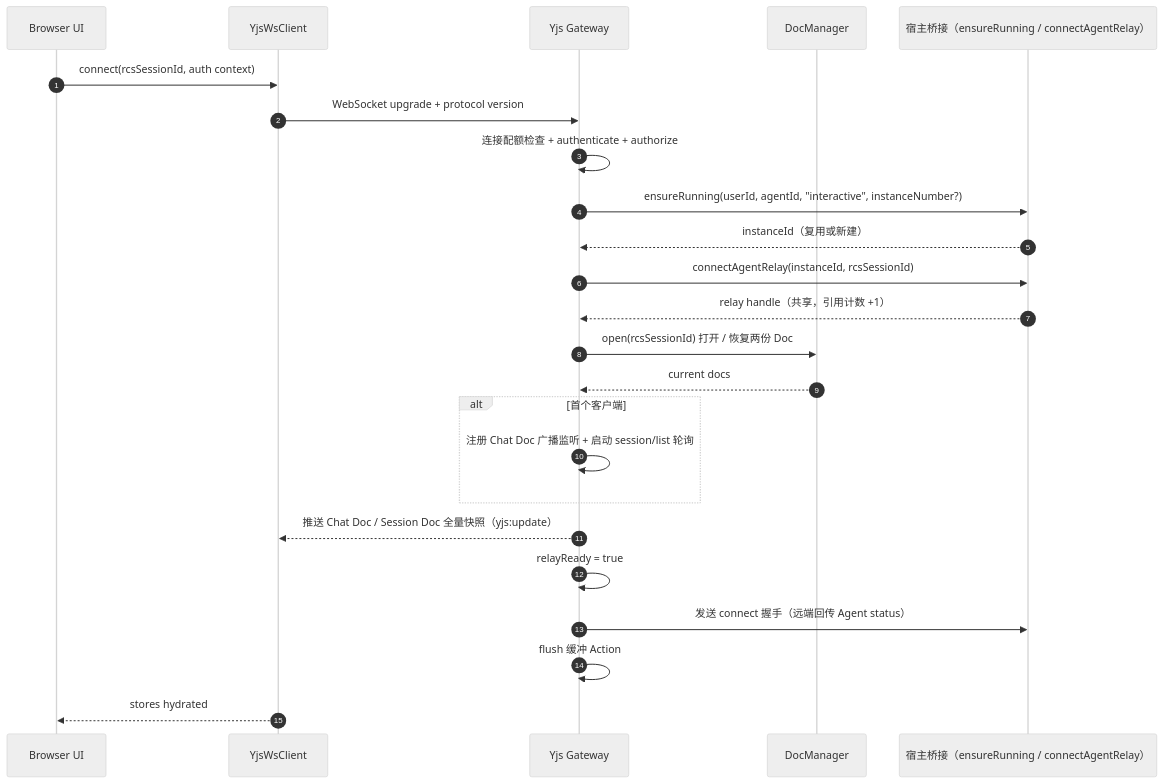
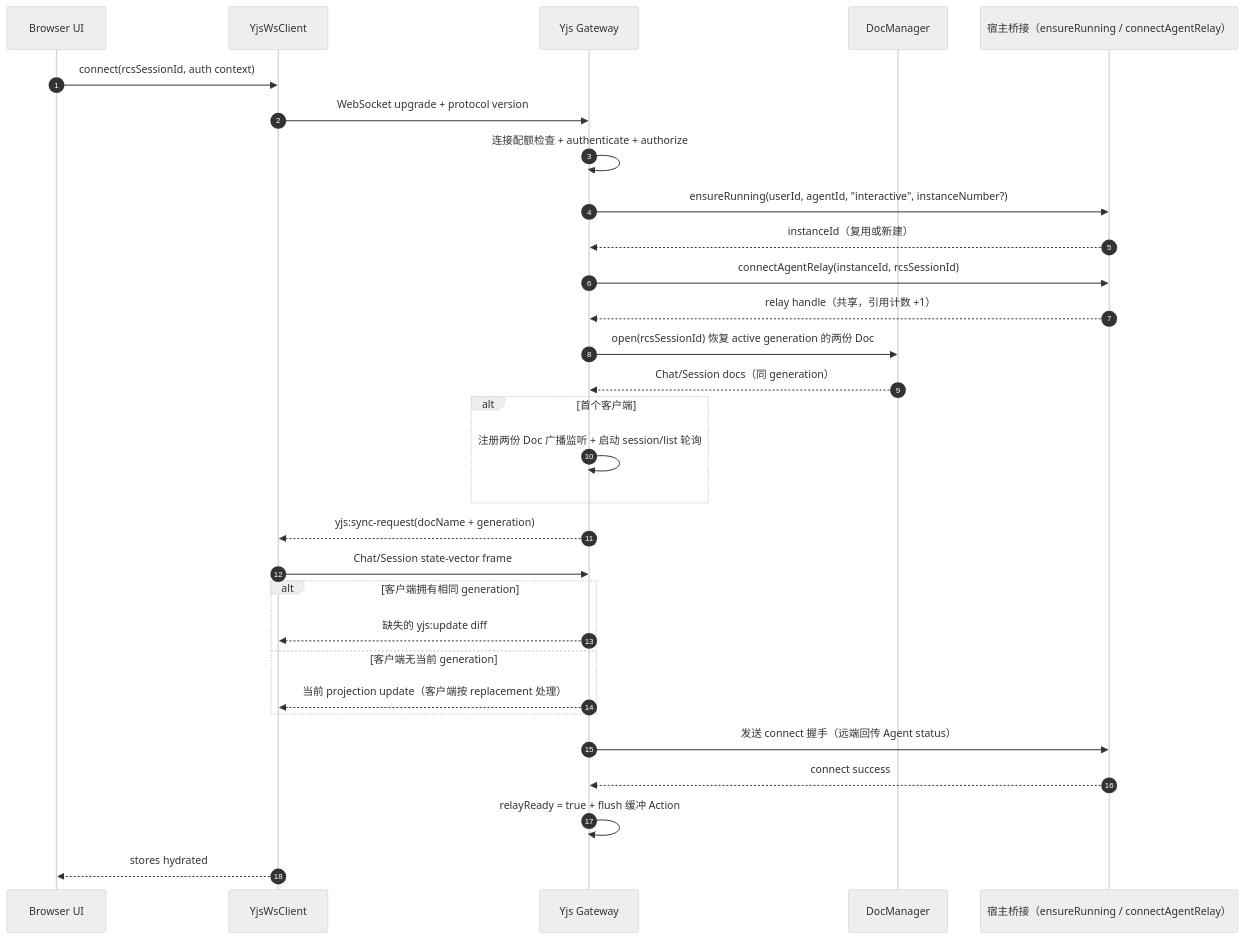
Before and after one commit to HuangPuStar/FenixAgent: the third of 10 diagrams in docs/arch/19-yjs-chat-streaming.md, drawn with Mermaid (neutral theme). The commit also changed other lines of this file, not shown here.

Commit message:
docs: 更新 YJS 会话同步架构

````diff
--- a/docs/arch/19-yjs-chat-streaming.md
+++ b/docs/arch/19-yjs-chat-streaming.md
@@ -231,27 +237,33 @@
 ```mermaid
 sequenceDiagram
     autonumber
     participant UI as Browser UI
     participant YC as YjsWsClient
     participant GW as Yjs Gateway
     participant DM as DocManager
     participant IB as 宿主桥接（ensureRunning / connectAgentRelay）
 
     UI->>YC: connect(rcsSessionId, auth context)
     YC->>GW: WebSocket upgrade + protocol version
     GW->>GW: 连接配额检查 + authenticate + authorize
     GW->>IB: ensureRunning(userId, agentId, "interactive", instanceNumber?)
     IB-->>GW: instanceId（复用或新建）
     GW->>IB: connectAgentRelay(instanceId, rcsSessionId)
     IB-->>GW: relay handle（共享，引用计数 +1）
-    GW->>DM: open(rcsSessionId) 打开 / 恢复两份 Doc
-    DM-->>GW: current docs
+    GW->>DM: open(rcsSessionId) 恢复 active generation 的两份 Doc
+    DM-->>GW: Chat/Session docs（同 generation）
     alt 首个客户端
-        GW->>GW: 注册 Chat Doc 广播监听 + 启动 session/list 轮询
+        GW->>GW: 注册两份 Doc 广播监听 + 启动 session/list 轮询
     end
-    GW-->>YC: 推送 Chat Doc / Session Doc 全量快照（yjs:update）
-    GW->>GW: relayReady = true
+    GW-->>YC: yjs:sync-request(docName + generation)
+    YC->>GW: Chat/Session state-vector frame
+    alt 客户端拥有相同 generation
+        GW-->>YC: 缺失的 yjs:update diff
+    else 客户端无当前 generation
+        GW-->>YC: 当前 projection update（客户端按 replacement 处理）
+    end
     GW->>IB: 发送 connect 握手（远端回传 Agent status）
-    GW->>GW: flush 缓冲 Action
+    IB-->>GW: connect success
+    GW->>GW: relayReady = true + flush 缓冲 Action
     YC-->>UI: stores hydrated
 ```
````
